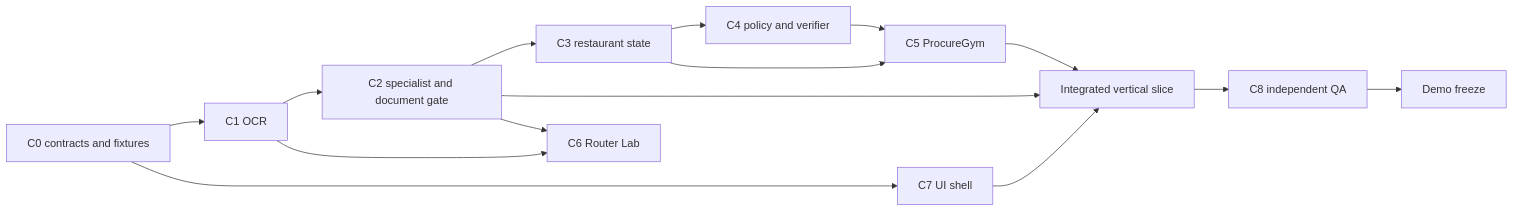
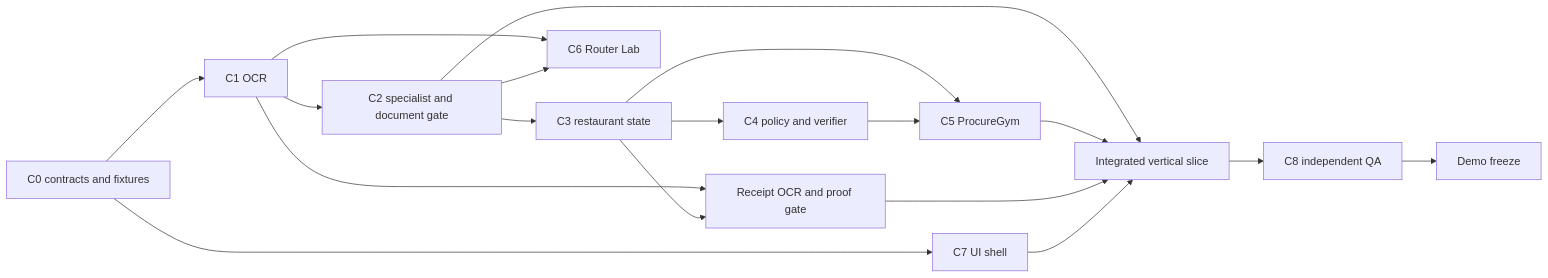
Before and after one commit to sasap91/invoiceagent: the second of 2 diagrams in docs/PRD.md, drawn with Mermaid. The commit also changed other lines of this file, not shown here.

Commit message:
docs: add AP receipt-proof demo and integration plan

```diff
--- a/docs/PRD.md
+++ b/docs/PRD.md
@@ -699,17 +761,20 @@
 ~~~mermaid
 flowchart LR
     C0[C0 contracts and fixtures] --> C1[C1 OCR]
     C0 --> C7[C7 UI shell]
     C1 --> C2[C2 specialist and document gate]
     C2 --> C3[C3 restaurant state]
     C3 --> C4[C4 policy and verifier]
     C3 --> C5[C5 ProcureGym]
+    C1 --> R[Receipt OCR and proof gate]
+    C3 --> R
     C4 --> C5
     C2 --> I[Integrated vertical slice]
     C5 --> I
+    R --> I
     C7 --> I
     I --> C8[C8 independent QA]
     C1 --> C6[C6 Router Lab]
     C2 --> C6
     C8 --> F[Demo freeze]
 ~~~
```
